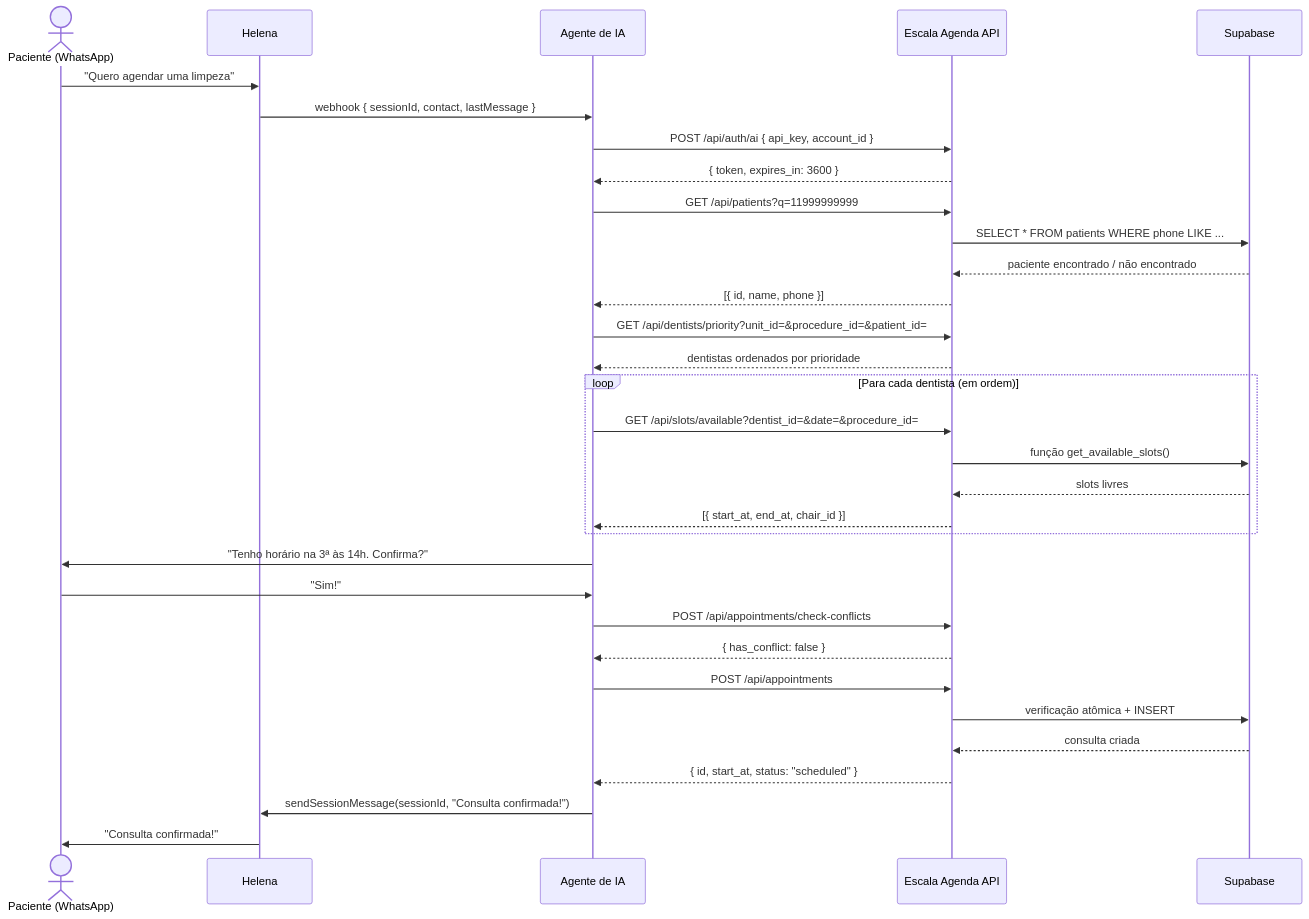
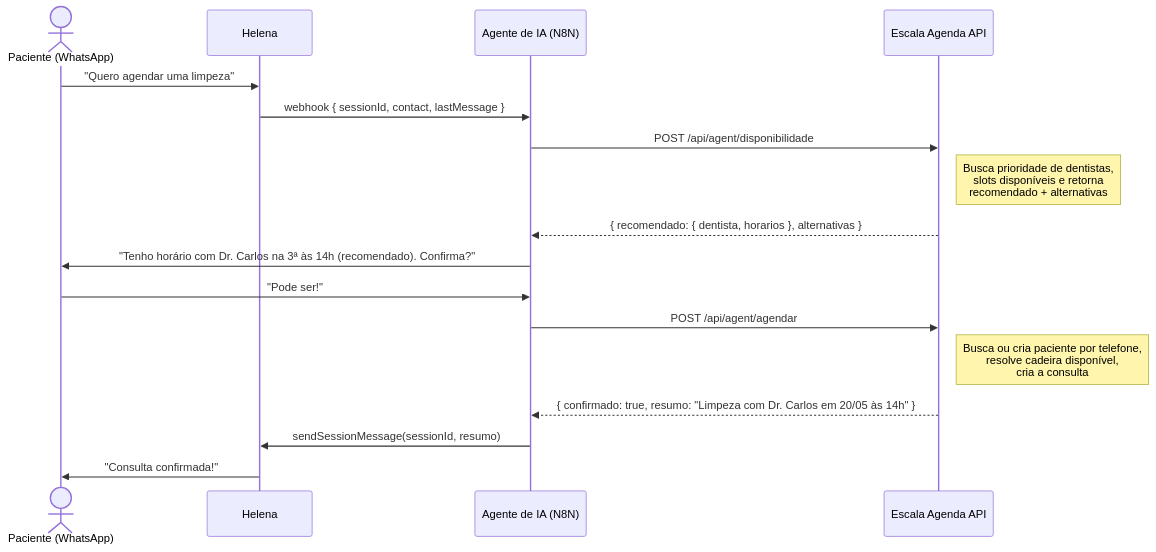
Before and after one commit to contactIA/Contact-Calendar: the second of 7 diagrams in README.md, drawn with Mermaid. The commit also changed other lines of this file, not shown here.

First line of the commit message:
docs: atualiza README com Fase 5 (Agent API) e estado atual completo

````diff
--- a/README.md
+++ b/README.md
@@ -82,43 +84,24 @@
 ```mermaid
 sequenceDiagram
     actor P as Paciente (WhatsApp)
     participant H as Helena
-    participant AI as Agente de IA
+    participant AI as Agente de IA (N8N)
     participant API as Escala Agenda API
-    participant DB as Supabase
 
     P->>H: "Quero agendar uma limpeza"
     H->>AI: webhook { sessionId, contact, lastMessage }
 
-    AI->>API: POST /api/auth/ai { api_key, account_id }
-    API-->>AI: { token, expires_in: 3600 }
+    AI->>API: POST /api/agent/disponibilidade
+    Note right of API: Busca prioridade de dentistas,<br/>slots disponíveis e retorna<br/>recomendado + alternativas
+    API-->>AI: { recomendado: { dentista, horarios }, alternativas }
 
-    AI->>API: GET /api/patients?q=11999999999
-    API->>DB: SELECT * FROM patients WHERE phone LIKE ...
-    DB-->>API: paciente encontrado / não encontrado
-    API-->>AI: [{ id, name, phone }]
+    AI->>P: "Tenho horário com Dr. Carlos na 3ª às 14h (recomendado). Confirma?"
+    P->>AI: "Pode ser!"
 
-    AI->>API: GET /api/dentists/priority?unit_id=&procedure_id=&patient_id=
-    API-->>AI: dentistas ordenados por prioridade
+    AI->>API: POST /api/agent/agendar
+    Note right of API: Busca ou cria paciente por telefone,<br/>resolve cadeira disponível,<br/>cria a consulta
+    API-->>AI: { confirmado: true, resumo: "Limpeza com Dr. Carlos em 20/05 às 14h" }
 
-    loop Para cada dentista (em ordem)
-        AI->>API: GET /api/slots/available?dentist_id=&date=&procedure_id=
-        API->>DB: função get_available_slots()
-        DB-->>API: slots livres
-        API-->>AI: [{ start_at, end_at, chair_id }]
-    end
-
-    AI->>P: "Tenho horário na 3ª às 14h. Confirma?"
-    P->>AI: "Sim!"
-
-    AI->>API: POST /api/appointments/check-conflicts
-    API-->>AI: { has_conflict: false }
-
-    AI->>API: POST /api/appointments
-    API->>DB: verificação atômica + INSERT
-    DB-->>API: consulta criada
-    API-->>AI: { id, start_at, status: "scheduled" }
-
-    AI->>H: sendSessionMessage(sessionId, "Consulta confirmada!")
+    AI->>H: sendSessionMessage(sessionId, resumo)
     H->>P: "Consulta confirmada!"
 ```
````
